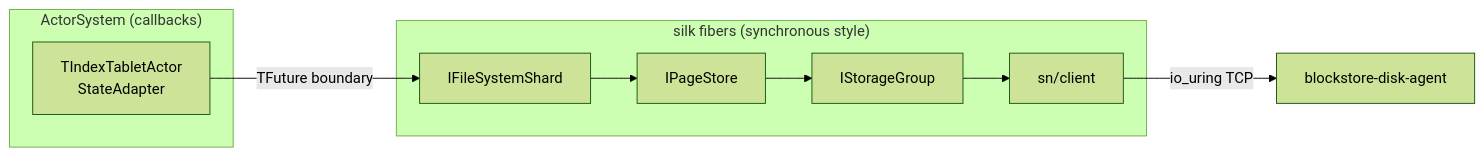
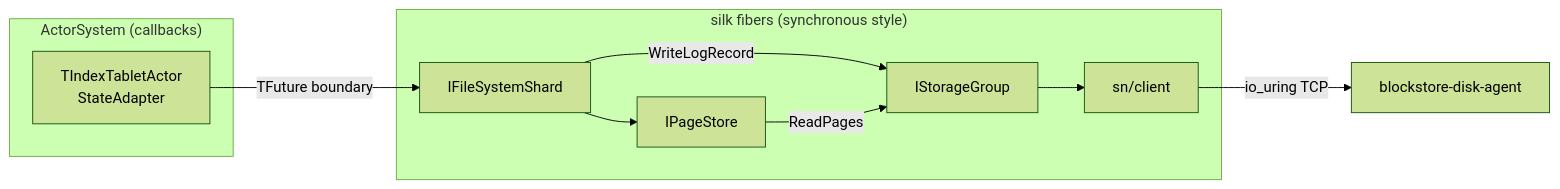
Before and after one commit to ydb-platform/nbs: the diagram in doc/filestore/design/storage/fastshard/silk.md, drawn with Mermaid (forest theme). The commit also changed 5 other files, not shown here.

````diff
--- a/doc/filestore/design/storage/fastshard/silk.md
+++ b/doc/filestore/design/storage/fastshard/silk.md
@@ -38,17 +38,20 @@
 ```mermaid
 flowchart LR
     subgraph actorsystem["ActorSystem (callbacks)"]
         TAB["TIndexTabletActor<br/>StateAdapter"]
     end
 
     subgraph silkland["silk fibers (synchronous style)"]
         SHARD["IFileSystemShard"]
         PS["IPageStore"]
         SG["IStorageGroup"]
         SNC["sn/client"]
-        SHARD --> PS --> SG --> SNC
+        SHARD --> PS
+        SHARD -->|"WriteLogRecord"| SG
+        PS -->|"ReadPages"| SG
+        SG --> SNC
     end
 
     TAB -->|"TFuture boundary"| SHARD
     SNC -->|"io_uring TCP"| DA["blockstore-disk-agent"]
 ```
````
